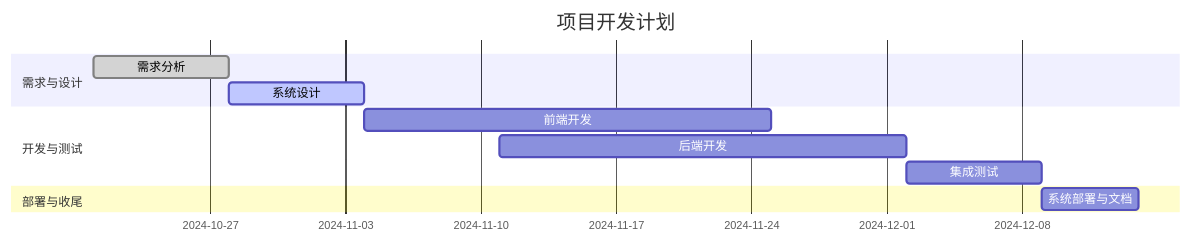
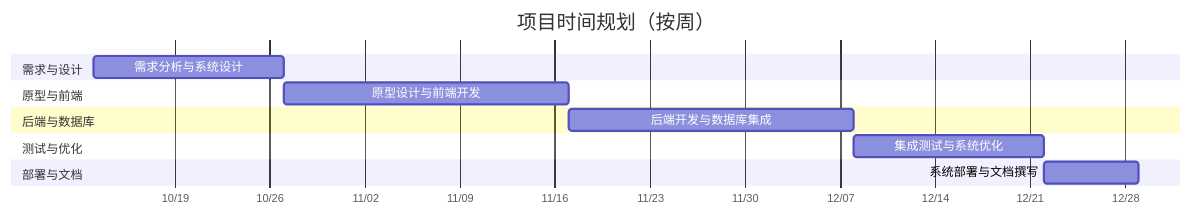
Before and after one commit to Eliano64/TJ-SAD-DORM: the diagram in assignment0/SAD_Project_Proposal.md, drawn with Mermaid. The commit also changed other lines of this file, not shown here.

````diff
--- a/assignment0/SAD_Project_Proposal.md
+++ b/assignment0/SAD_Project_Proposal.md
@@ -122,14 +125,16 @@
 ```mermaid
 gantt
-    title 项目开发计划
+    title 项目时间规划（按周）
     dateFormat  YYYY-MM-DD
+    axisFormat  %m/%d
     section 需求与设计
-    需求分析           :done,    des1, 2024-10-21, 7d
-    系统设计           :active,  des2, 2024-10-28, 7d
-    section 开发与测试
-    前端开发           :         dev1, 2024-11-04, 21d
-    后端开发           :         dev2, 2024-11-11, 21d
-    集成测试           :         test, 2024-12-02, 7d
-    section 部署与收尾
-    系统部署与文档     :         doc,  2024-12-09, 5d
+    需求分析与系统设计       :a1, 2025-10-13, 14d
+    section 原型与前端
+    原型设计与前端开发       :a2, after a1, 21d
+    section 后端与数据库
+    后端开发与数据库集成     :a3, after a2, 21d
+    section 测试与优化
+    集成测试与系统优化       :a4, after a3, 14d
+    section 部署与文档
+    系统部署与文档撰写       :a5, after a4, 7d
 ```
````
